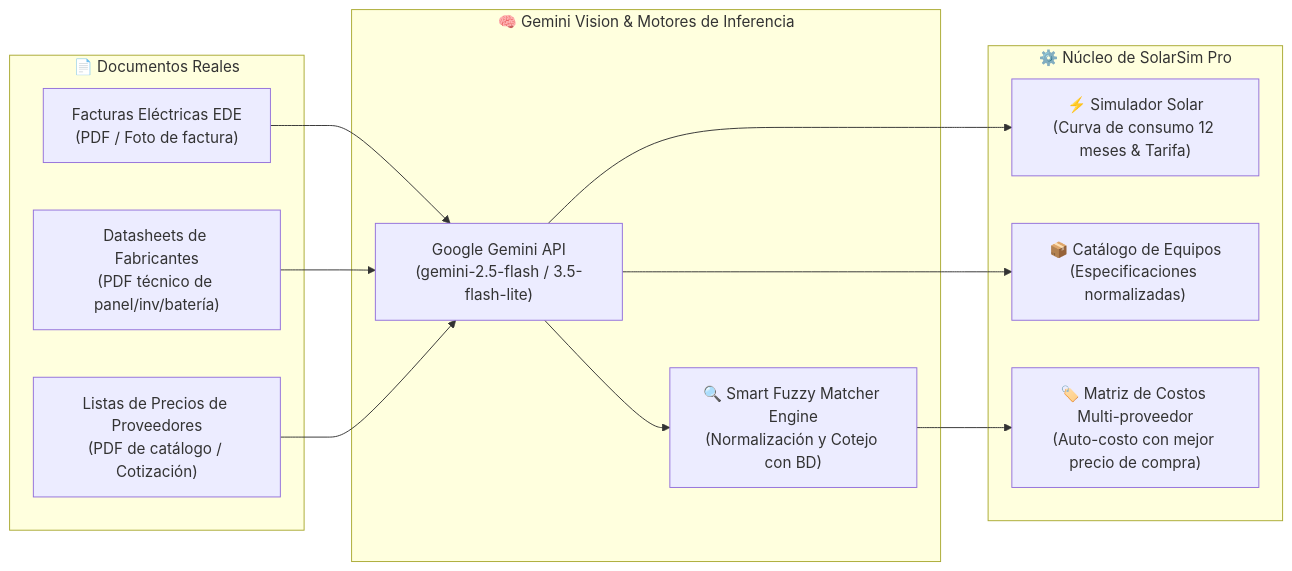
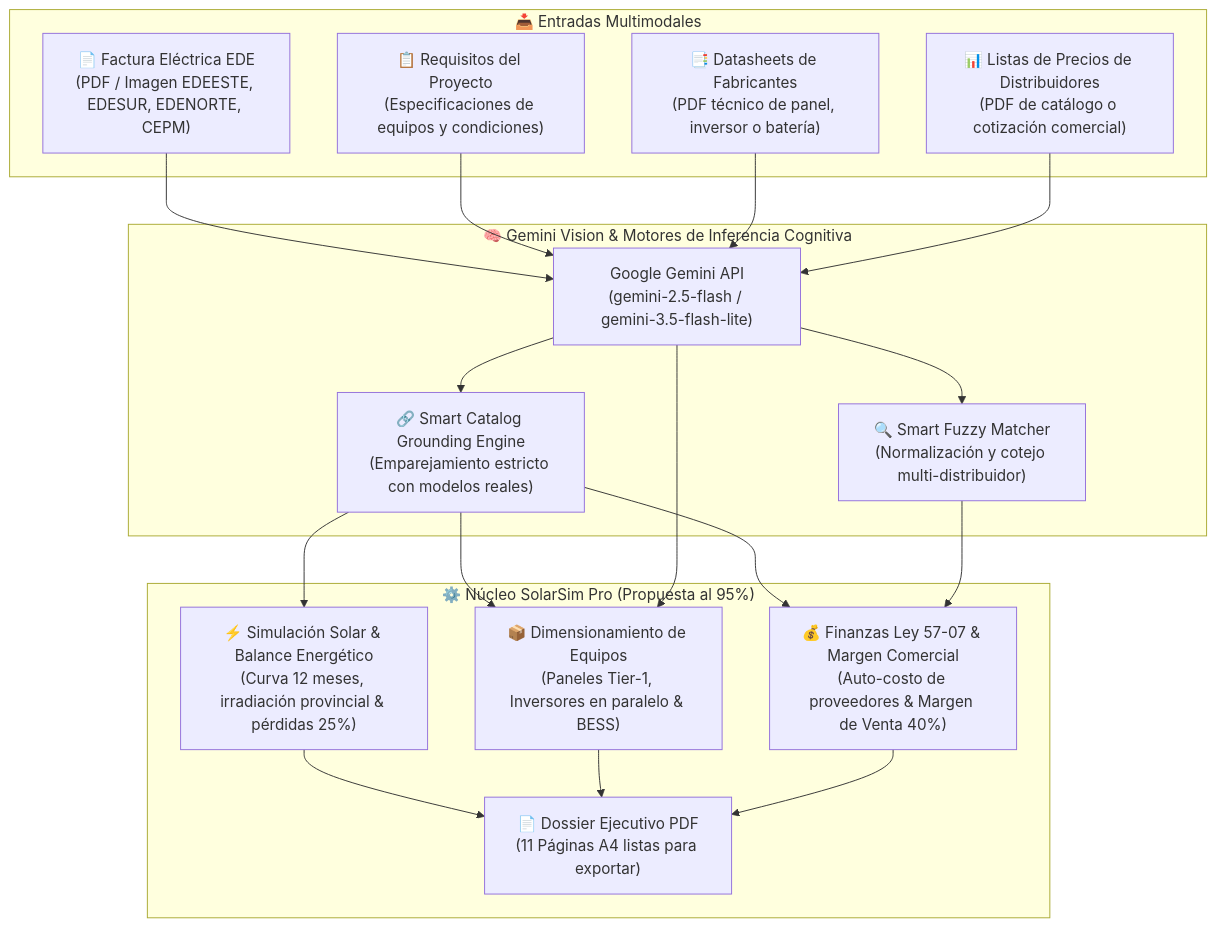
Before and after one commit to WilkerDev1/solarsim-pro: the first of 2 diagrams in docs/AI_SCANNERS_SPECIFICATION.md, drawn with Mermaid. The commit also changed other lines of this file and 24 other files, not shown here.

````diff
--- a/docs/AI_SCANNERS_SPECIFICATION.md
+++ b/docs/AI_SCANNERS_SPECIFICATION.md
@@ -23,23 +23,34 @@
 ```mermaid
-graph LR
-    subgraph INPUTS ["📄 Documentos Reales"]
-        F["Facturas Eléctricas EDE\n(PDF / Foto de factura)"]
-        D["Datasheets de Fabricantes\n(PDF técnico de panel/inv/batería)"]
-        P["Listas de Precios de Proveedores\n(PDF de catálogo / Cotización)"]
+graph TD
+    subgraph INPUTS ["📥 Entradas Multimodales"]
+        F["📄 Factura Eléctrica EDE\n(PDF / Imagen EDEESTE, EDESUR, EDENORTE, CEPM)"]
+        W["📋 Requisitos del Proyecto\n(Especificaciones de equipos y condiciones)"]
+        D["📑 Datasheets de Fabricantes\n(PDF técnico de panel, inversor o batería)"]
+        P["📊 Listas de Precios de Distribuidores\n(PDF de catálogo o cotización comercial)"]
     end
 
-    subgraph ENGINE ["🧠 Gemini Vision & Motores de Inferencia"]
-        G["Google Gemini API\n(gemini-2.5-flash / 3.5-flash-lite)"]
-        Fuzzy["🔍 Smart Fuzzy Matcher Engine\n(Normalización y Cotejo con BD)"]
+    subgraph ENGINE ["🧠 Gemini Vision & Motores de Inferencia Cognitiva"]
+        G["Google Gemini API\n(gemini-2.5-flash / gemini-3.5-flash-lite)"]
+        Grounding["🔗 Smart Catalog Grounding Engine\n(Emparejamiento estricto con modelos reales)"]
+        Fuzzy["🔍 Smart Fuzzy Matcher\n(Normalización y cotejo multi-distribuidor)"]
     end
 
-    subgraph SYSTEM ["⚙️ Núcleo de SolarSim Pro"]
-        Sim["⚡ Simulador Solar\n(Curva de consumo 12 meses & Tarifa)"]
-        Cat["📦 Catálogo de Equipos\n(Especificaciones normalizadas)"]
-        Cost["🏷️ Matriz de Costos Multi-proveedor\n(Auto-costo con mejor precio de compra)"]
+    subgraph SYSTEM ["⚙️ Núcleo SolarSim Pro (Propuesta al 95%)"]
+        Sim["⚡ Simulación Solar & Balance Energético\n(Curva 12 meses, irradiación provincial & pérdidas 25%)"]
+        Equip["📦 Dimensionamiento de Equipos\n(Paneles Tier-1, Inversores en paralelo & BESS)"]
+        Fin["💰 Finanzas Ley 57-07 & Margen Comercial\n(Auto-costo de proveedores & Margen de Venta 40%)"]
+        PDF["📄 Dossier Ejecutivo PDF\n(11 Páginas A4 listas para exportar)"]
     end
 
-    F --> G --> Sim
-    D --> G --> Cat
-    P --> G --> Fuzzy --> Cost
+    F --> G
+    W --> G
+    G --> Grounding --> Sim
+    Grounding --> Equip
+    Grounding --> Fin
+    Sim --> PDF
+    Equip --> PDF
+    Fin --> PDF
+
+    D --> G --> Equip
+    P --> G --> Fuzzy --> Fin
 ```
````
